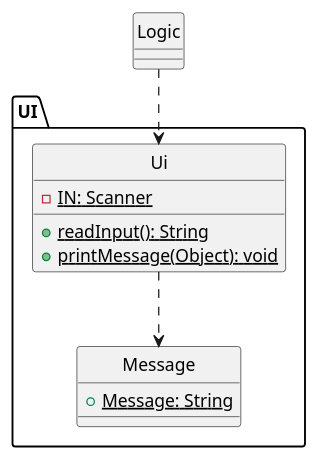
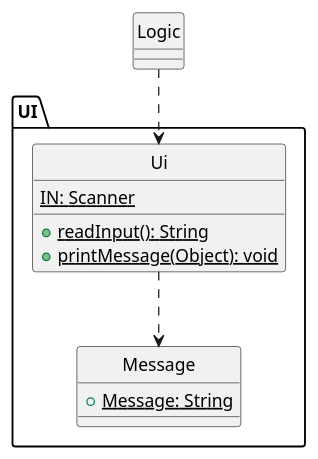
The diagram in docs/uml/ui_package.puml (je-nnyt/tp), drawn with PlantUML before and after one commit. The commit also changed 3 other files, not shown here.

```diff
--- a/docs/uml/ui_package.puml
+++ b/docs/uml/ui_package.puml
@@ -1,19 +1,19 @@
 @startuml
 hide circle
 
 package "UI" {
   class Ui {
-  {static}-IN: Scanner
+  {static}IN: Scanner
   {static}+readInput(): String
   {static}+printMessage(Object): void
   }
 
   class Message {
   {static}+Message: String
   }
 
   Ui ..> Message
 }
 
 Logic ..> Ui
 @enduml
```
